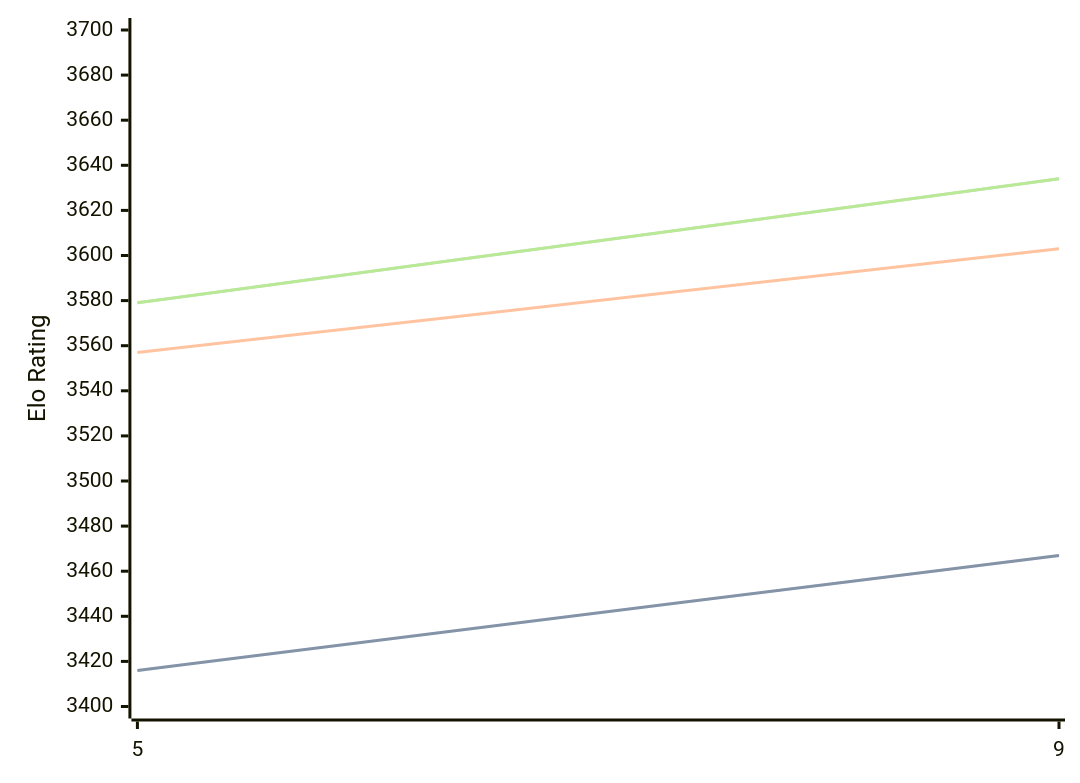
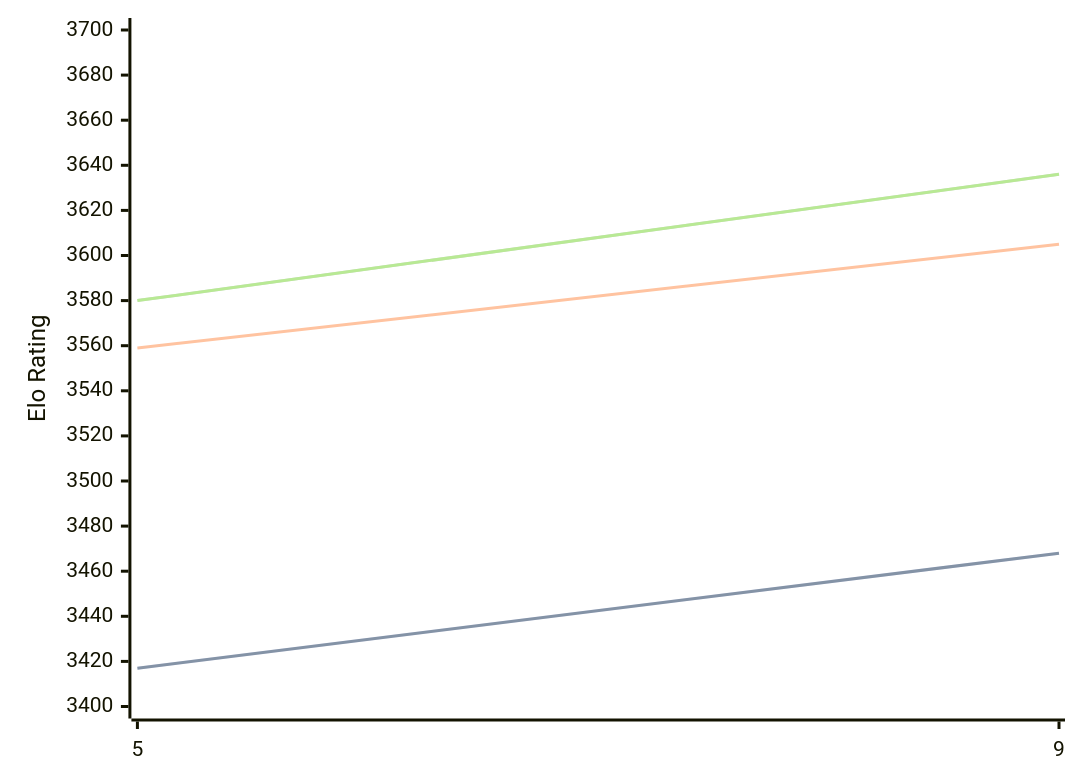
The diagram in engines/Crystal.md (computer-chess-index/cci), drawn with Mermaid before and after one commit. The commit also changed other lines of this file, not shown here.

Commit message:
Update CCI Ratings (ELO VLTC) - 2026-02-21

````diff
--- a/engines/Crystal.md
+++ b/engines/Crystal.md
@@ -57,11 +57,11 @@
 ```mermaid
 %%{init: {"theme":"base","themeVariables":{"seriesColors:['#a3a3a3','#222221','#faa371']}}}%%
 xychart-beta
   x-axis ["5", "9"]
   y-axis "Elo Rating" 3400 --> 3700
-  line "STC (8.0+0.08s)" [3416, 3467]
-  line "STC (8.0+0.08s)" [3416, 3467]
-  line "LTC (60.0+0.60s)" [3557, 3603]
-  line "VLTC (2m24s+1.12s)" [3579, 3634]
-  line "VLTC (2m24s+1.12s)" [3579, 3634]
+  line "STC (8.0+0.08s)" [3417, 3468]
+  line "STC (8.0+0.08s)" [3417, 3468]
+  line "LTC (60.0+0.60s)" [3559, 3605]
+  line "VLTC (2m24s+1.12s)" [3580, 3636]
+  line "VLTC (2m24s+1.12s)" [3580, 3636]
 ```
````
